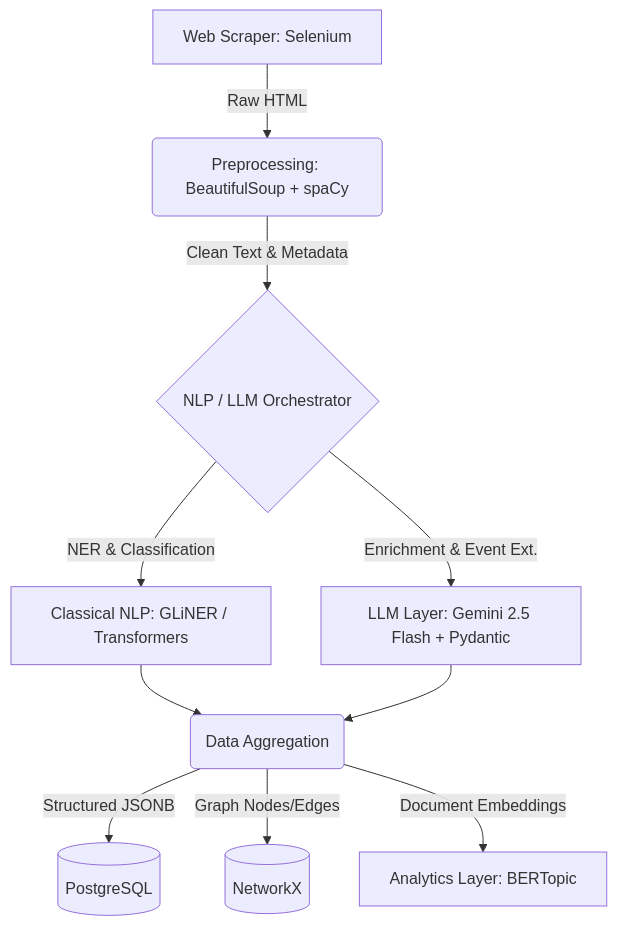
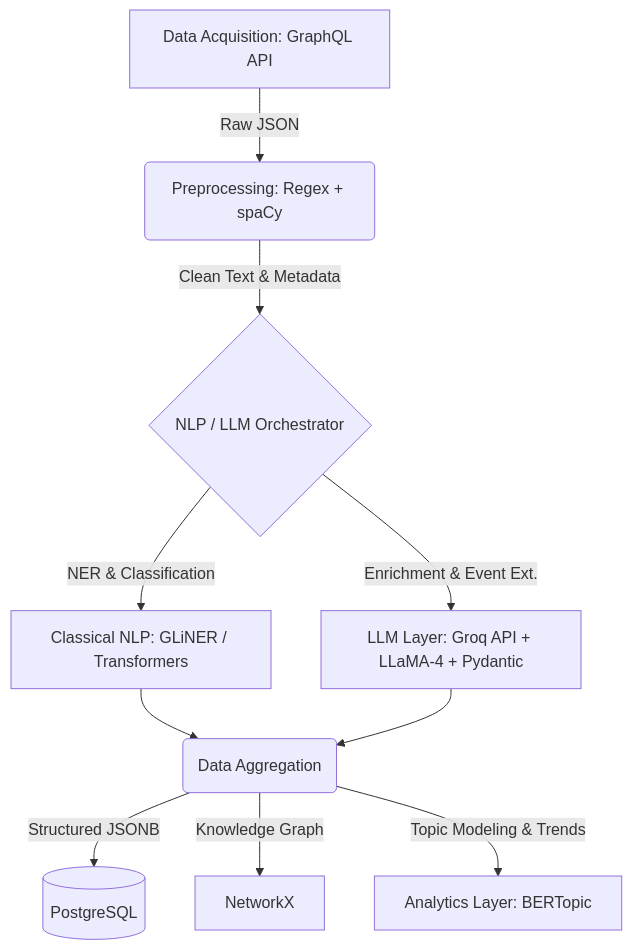
The diagram in README.md (shxvansh/Maritime-News-Intelligence-Pipeline), drawn with Mermaid before and after one commit. The commit also changed other lines of this file and 11 other files, not shown here.

````diff
--- a/README.md
+++ b/README.md
@@ -10,15 +10,15 @@
 ```mermaid
 graph TD
-    A[Web Scraper: Selenium] -->|Raw HTML| B(Preprocessing: BeautifulSoup + spaCy)
+    A[Data Acquisition: GraphQL API] -->|Raw JSON| B(Preprocessing: Regex + spaCy)
     B -->|Clean Text & Metadata| C{NLP / LLM Orchestrator}
     
     C -->|NER & Classification| D[Classical NLP: GLiNER / Transformers]
-    C -->|Enrichment & Event Ext.| E[LLM Layer: Gemini 2.5 Flash + Pydantic]
+    C -->|Enrichment & Event Ext.| E[LLM Layer: Groq API + LLaMA-4 + Pydantic]
     
     D --> F(Data Aggregation)
     E --> F
     
     F -->|Structured JSONB| G[(PostgreSQL)]
-    F -->|Graph Nodes/Edges| H[(NetworkX)]
-    F -->|Document Embeddings| I[Analytics Layer: BERTopic]
+    F -->|Knowledge Graph| H[NetworkX]
+    F -->|Topic Modeling & Trends| I[Analytics Layer: BERTopic]
 ```
````
